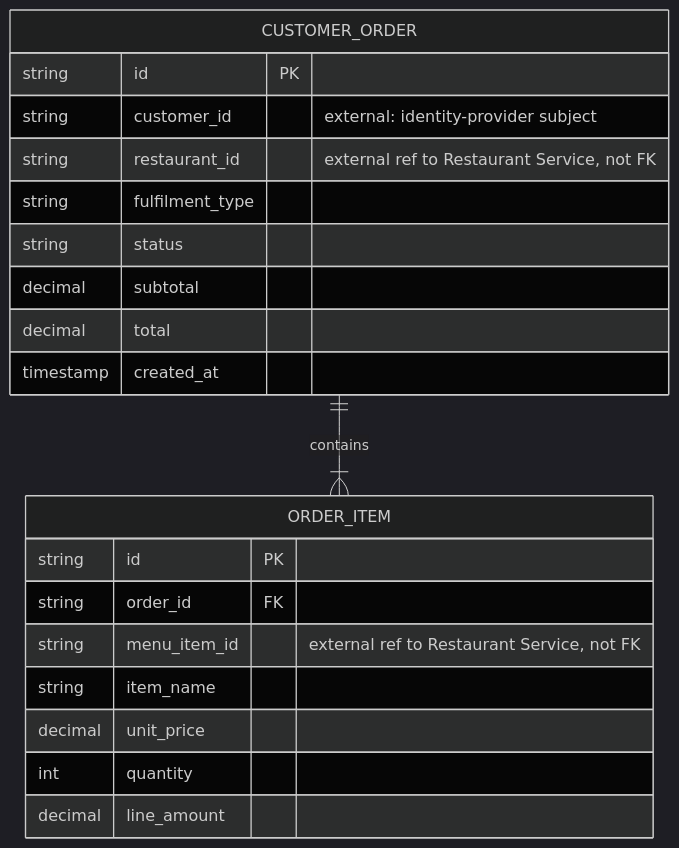
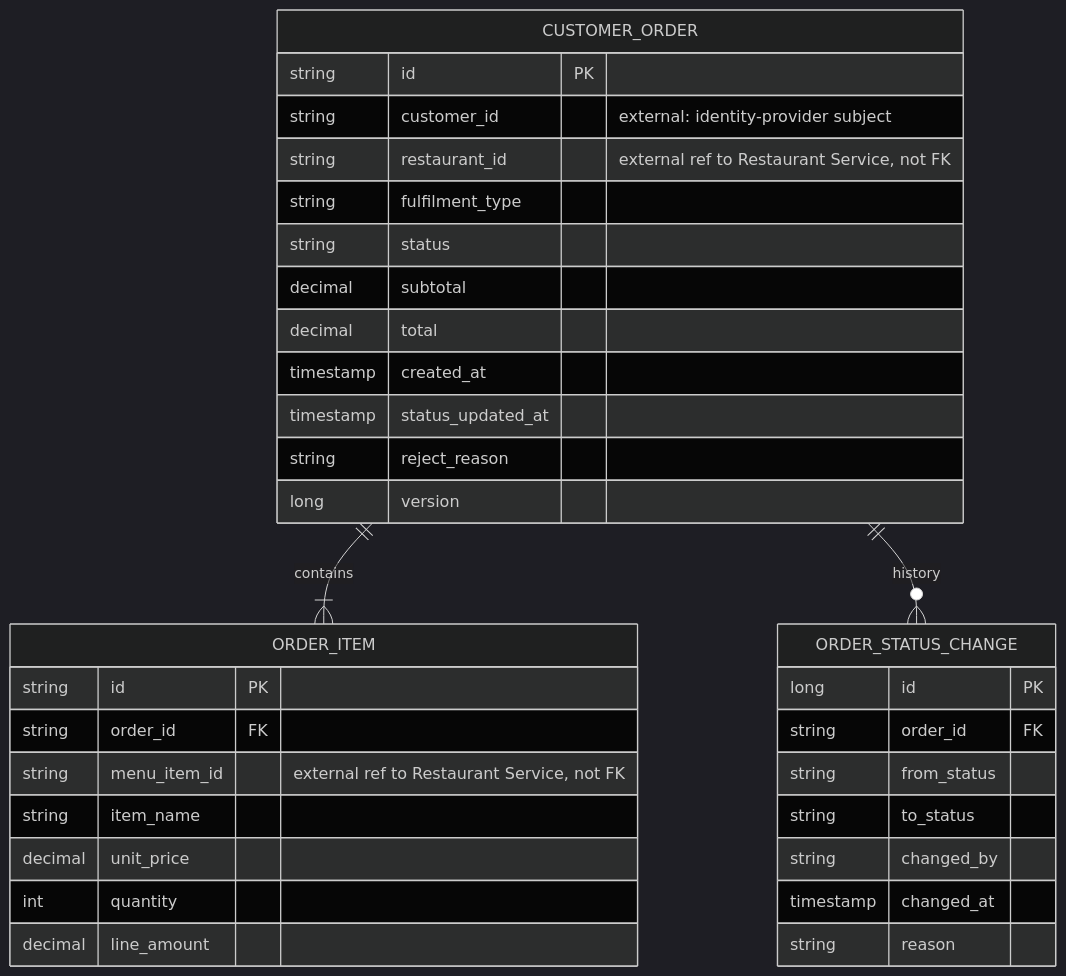
The second of 2 diagrams in docs/sdd/data-model.md (GCodes12/foodiehub), drawn with Mermaid (dark theme) before and after one commit. The commit also changed other lines of this file and 6 other files, not shown here.

````diff
--- a/docs/sdd/data-model.md
+++ b/docs/sdd/data-model.md
@@ -224,25 +295,39 @@
 ```mermaid
 erDiagram
     CUSTOMER_ORDER ||--|{ ORDER_ITEM : contains
+    CUSTOMER_ORDER ||--o{ ORDER_STATUS_CHANGE : "history"
 
     CUSTOMER_ORDER {
         string id PK
         string customer_id "external: identity-provider subject"
         string restaurant_id "external ref to Restaurant Service, not FK"
         string fulfilment_type
         string status
         decimal subtotal
         decimal total
         timestamp created_at
+        timestamp status_updated_at
+        string reject_reason
+        long version
+    }
+
+    ORDER_STATUS_CHANGE {
+        long id PK
+        string order_id FK
+        string from_status
+        string to_status
+        string changed_by
+        timestamp changed_at
+        string reason
     }
 
     ORDER_ITEM {
         string id PK
         string order_id FK
         string menu_item_id "external ref to Restaurant Service, not FK"
         string item_name
         decimal unit_price
         int quantity
         decimal line_amount
     }
 ```
````
